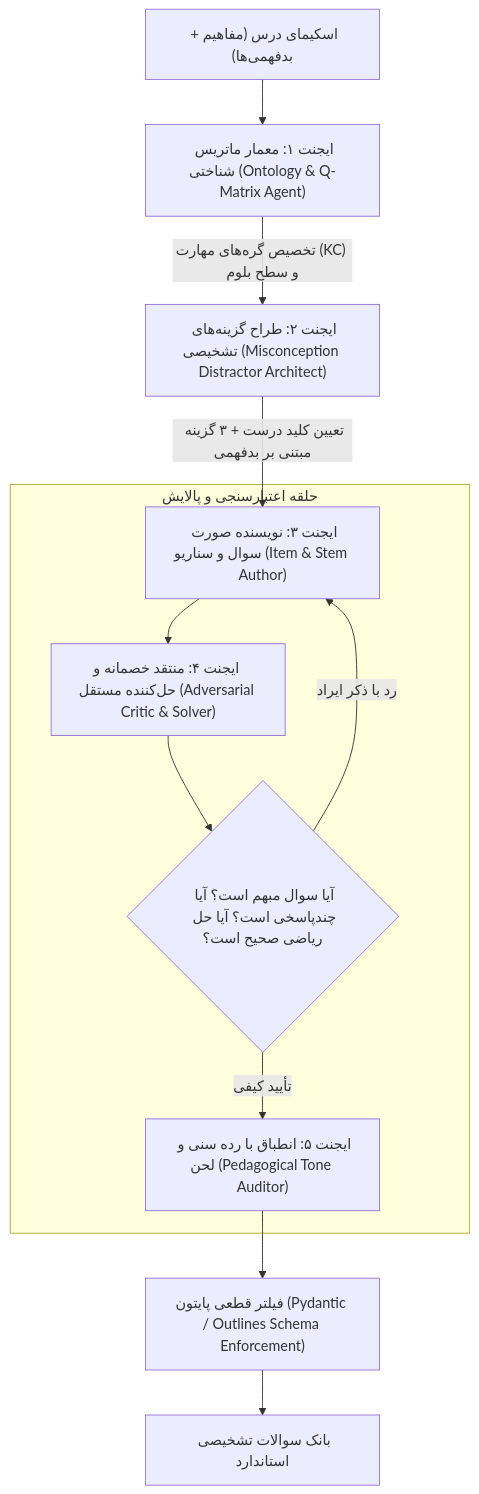
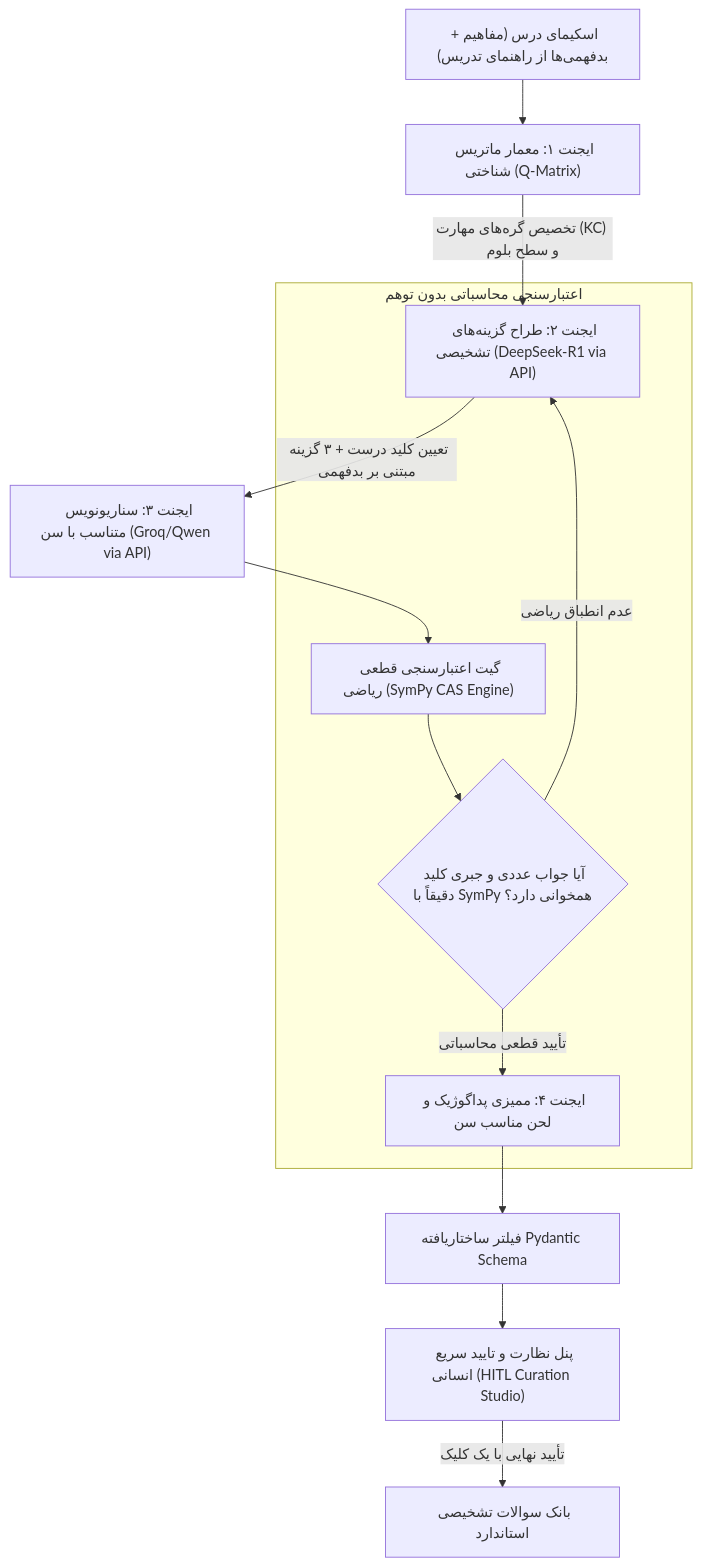
Before and after one commit to javadderoom/education: the first of 2 diagrams in docs/05_agentic_question_generation_and_psychometrics.md, drawn with Mermaid. The commit also changed other lines of this file and 4 other files, not shown here.

Commit message:
docs(architecture): pivot to AI API providers, scoped elementary MVP, SymPy CAS, and parametric visual widgets

````diff
--- a/docs/05_agentic_question_generation_and_psychometrics.md
+++ b/docs/05_agentic_question_generation_and_psychometrics.md
@@ -11,19 +11,22 @@
 ```mermaid
 flowchart TD
-    Schema["اسکیمای درس (مفاهیم + بدفهمی‌ها)"] --> Agent1["ایجنت ۱: معمار ماتریس شناختی (Ontology & Q-Matrix Agent)"]
+    Schema["اسکیمای درس (مفاهیم + بدفهمی‌ها از راهنمای تدریس)"] --> Agent1["ایجنت ۱: معمار ماتریس شناختی (Q-Matrix)"]
     
-    Agent1 -->|"تخصیص گره‌های مهارت (KC) و سطح بلوم"| Agent2["ایجنت ۲: طراح گزینه‌های تشخیصی (Misconception Distractor Architect)"]
+    Agent1 -->|"تخصیص گره‌های مهارت (KC) و سطح بلوم"| Agent2["ایجنت ۲: طراح گزینه‌های تشخیصی (DeepSeek-R1 via API)"]
     
-    Agent2 -->|"تعیین کلید درست + ۳ گزینه مبتنی بر بدفهمی"| Agent3["ایجنت ۳: نویسنده صورت سوال و سناریو (Item & Stem Author)"]
+    Agent2 -->|"تعیین کلید درست + ۳ گزینه مبتنی بر بدفهمی"| Agent3["ایجنت ۳: سناریونویس متناسب با سن (Groq/Qwen via API)"]
     
-    Agent3 --> Agent4["ایجنت ۴: منتقد خصمانه و حل‌کننده مستقل (Adversarial Critic & Solver)"]
+    Agent3 --> DeterministicGate["گیت اعتبارسنجی قطعی ریاضی (SymPy CAS Engine)"]
     
-    subgraph Validation ["حلقه اعتبارسنجی و پالایش"]
-        Agent4 --> Check{"آیا سوال مبهم است؟ آیا چندپاسخی است؟ آیا حل ریاضی صحیح است؟"}
-        Check -->|"رد با ذکر ایراد"| Agent3
-        Check -->|"تأیید کیفی"| Agent5["ایجنت ۵: انطباق با رده سنی و لحن (Pedagogical Tone Auditor)"]
+    subgraph SymPyValidation ["اعتبارسنجی محاسباتی بدون توهم"]
+        DeterministicGate --> CASCheck{"آیا جواب عددی و جبری کلید دقیقاً با SymPy همخوانی دارد؟"}
+        CASCheck -->|"عدم انطباق ریاضی"| Agent2
+        CASCheck -->|"تأیید قطعی محاسباتی"| Agent4["ایجنت ۴: ممیزی پداگوژیک و لحن مناسب سن"]
     end
     
-    Agent5 --> SchemaGate["فیلتر قطعی پایتون (Pydantic / Outlines Schema Enforcement)"]
-    SchemaGate --> QuestionBank["بانک سوالات تشخیصی استاندارد"]
+    Agent4 --> SchemaGate["فیلتر ساختاریافته Pydantic Schema"]
+    
+    SchemaGate --> HITL["پنل نظارت و تایید سریع انسانی (HITL Curation Studio)"]
+    
+    HITL -->|"تأیید نهایی با یک کلیک"| QuestionBank["بانک سوالات تشخیصی استاندارد"]
 ```
````
